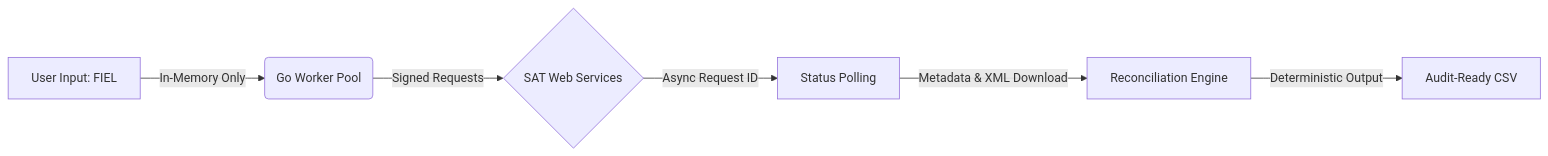
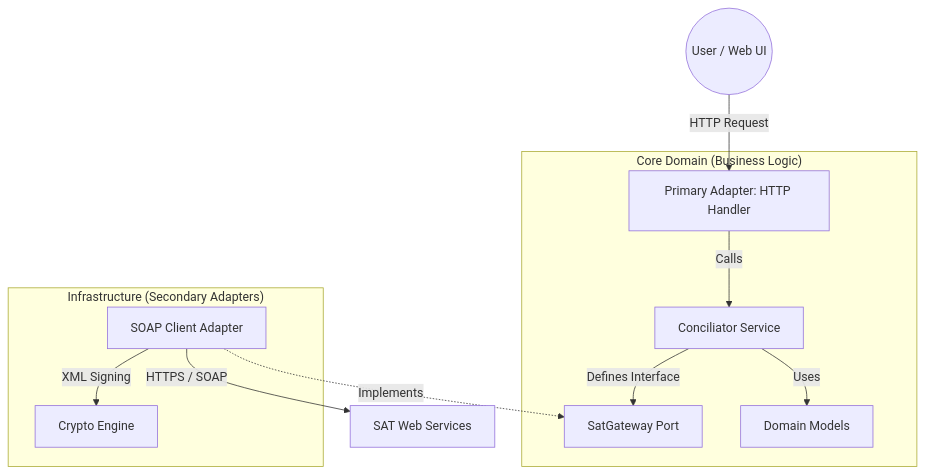
The diagram in README.md (1rene0lguin/sat-reconciler), drawn with Mermaid before and after one commit. The commit also changed other lines of this file and 1 other file, not shown here.

````diff
--- a/README.md
+++ b/README.md
@@ -64,8 +33,18 @@
 ```mermaid
-graph LR
-    A[User Input: FIEL] -->|In-Memory Only| B(Go Worker Pool)
-    B -->|Signed Requests| C{SAT Web Services}
-    C -->|Async Request ID| D[Status Polling]
-    D -->|Metadata & XML Download| E[Reconciliation Engine]
-    E -->|Deterministic Output| F[Audit-Ready CSV]
+graph TD
+    User((User / Web UI)) -->|HTTP Request| Handler[Primary Adapter: HTTP Handler]
+    
+    subgraph "Core Domain (Business Logic)"
+        Handler -->|Calls| Service[Conciliator Service]
+        Service -->|Defines Interface| Port[SatGateway Port]
+        Service -->|Uses| Models[Domain Models]
+    end
+    
+    subgraph "Infrastructure (Secondary Adapters)"
+        SoapAdapter[SOAP Client Adapter] -.->|Implements| Port
+        SoapAdapter -->|XML Signing| RequestBuilder[Crypto Engine]
+    end
+    
+    SoapAdapter -->|HTTPS / SOAP| SAT[SAT Web Services]
+
 ```
````
